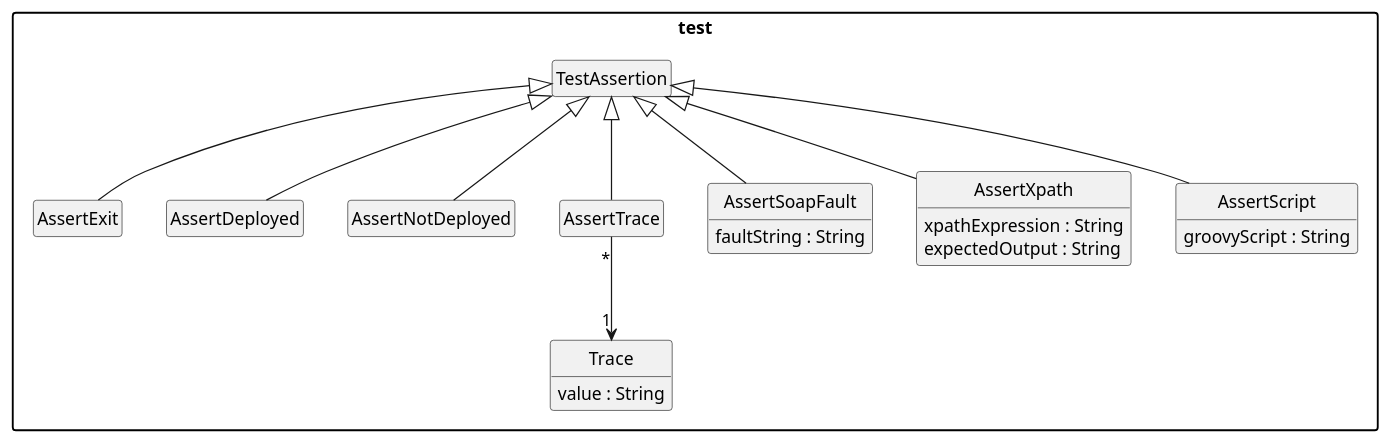
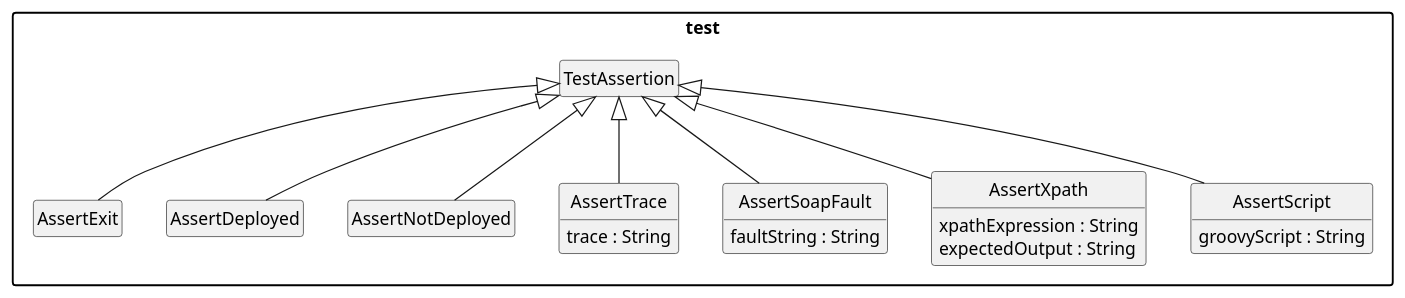
One commit to uniba-dsg/betsy changed the diagram in pebl/doc/benchmark-test-assertions.puml. Above: the diagram before and after it, drawn with PlantUML. The commit also changed 1 other file, not shown here.

Commit message:
Better diagrams.

```diff
--- a/pebl/doc/benchmark-test-assertions.puml
+++ b/pebl/doc/benchmark-test-assertions.puml
@@ -1,37 +1,34 @@
 @startuml
 
 package "test" {
 
 	class TestAssertion {
 	}
 
 	class AssertExit extends TestAssertion
 	class AssertDeployed extends TestAssertion
 	class AssertNotDeployed extends TestAssertion
-	class AssertTrace extends TestAssertion
+	class AssertTrace extends TestAssertion {
+	  trace : String
+	}
 	class AssertSoapFault extends TestAssertion {
 	  faultString : String
 	}
 	class AssertXpath extends TestAssertion {
 	  xpathExpression : String
 	  expectedOutput : String
 	}
-	class Trace {
-	  value : String
-	}
 	class AssertScript extends TestAssertion {
     	  groovyScript : String
     	}
 
 }
-
-AssertTrace "*" -down-> "1" Trace
 
 hide empty members
 hide empty methods
 hide circle
 
 skinparam monochrome true
 skinparam shadowing false
 skinparam packageStyle rect
 @enduml
```
